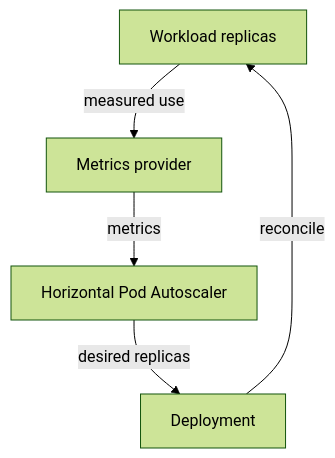
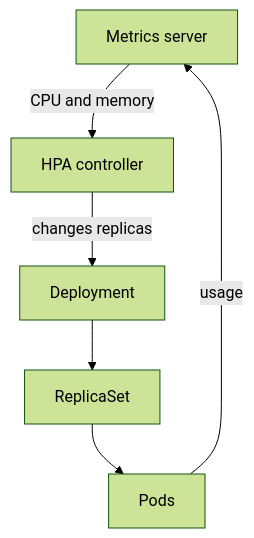
The diagram in sections/section-030/module-02/course-02-replica-autoscaling-and-availability.md (astrona-io/ATS037), drawn with Mermaid (forest theme) before and after one commit. The commit also changed other lines of this file and 332 other files, not shown here.

````diff
--- a/sections/section-030/module-02/course-02-replica-autoscaling-and-availability.md
+++ b/sections/section-030/module-02/course-02-replica-autoscaling-and-availability.md
@@ -12,7 +26,8 @@
 ```mermaid
 flowchart TB
-    W["Workload replicas"] -->|"measured use"| M["Metrics provider"]
-    M -->|"metrics"| H["Horizontal Pod Autoscaler"]
-    H -->|"desired replicas"| D["Deployment"]
-    D -->|"reconcile"| W
+    M["Metrics server"] -->|"CPU and memory"| H["HPA controller"]
+    H -->|"changes replicas"| D["Deployment"]
+    D --> RS["ReplicaSet"]
+    RS --> P["Pods"]
+    P -->|"usage"| M
 ```
````
